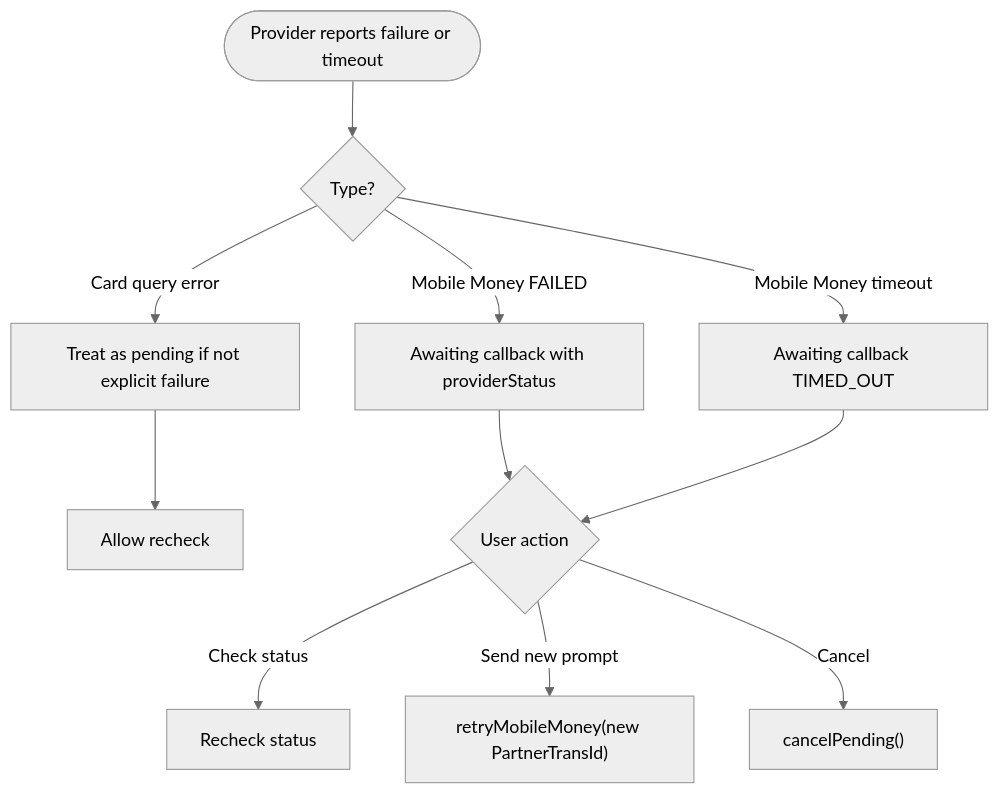
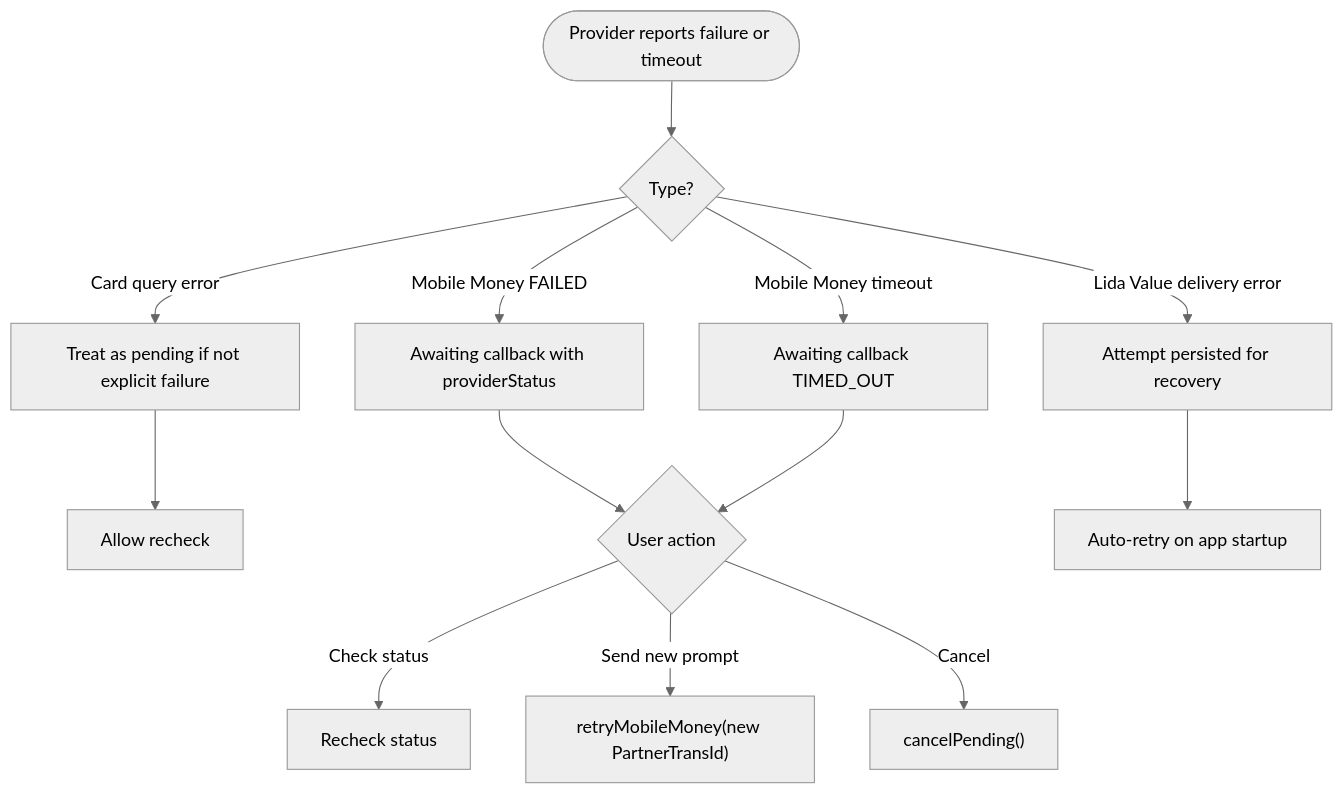
One commit to Advanstech/Lidapay-shop changed diagram 11 of 13 in .qoder/repowiki/en/content/Payment Processing/Payment Processing.md. Above: the diagram before and after it, drawn with Mermaid (neutral theme). The commit also changed other lines of this file and 174 other files, not shown here.

````diff
--- a/.qoder/repowiki/en/content/Payment Processing/Payment Processing.md
+++ b/.qoder/repowiki/en/content/Payment Processing/Payment Processing.md
@@ -525,13 +674,15 @@
 ```mermaid
 flowchart TD
 Start(["Provider reports failure or timeout"]) --> Type{"Type?"}
 Type --> |Card query error| Unknown["Treat as pending if not explicit failure"]
 Type --> |Mobile Money FAILED| NotConfirmed["Awaiting callback with providerStatus"]
 Type --> |Mobile Money timeout| TimedOut["Awaiting callback TIMED_OUT"]
+Type --> |Lida Value delivery error| DeliveryFailed["Attempt persisted for recovery"]
 Unknown --> PollAgain["Allow recheck"]
 NotConfirmed --> Options{"User action"}
 TimedOut --> Options
+DeliveryFailed --> AutoRetry["Auto-retry on app startup"]
 Options --> |Check status| Recheck["Recheck status"]
 Options --> |Send new prompt| Retry["retryMobileMoney(new PartnerTransId)"]
 Options --> |Cancel| Cancel["cancelPending()"]
 ```
````
